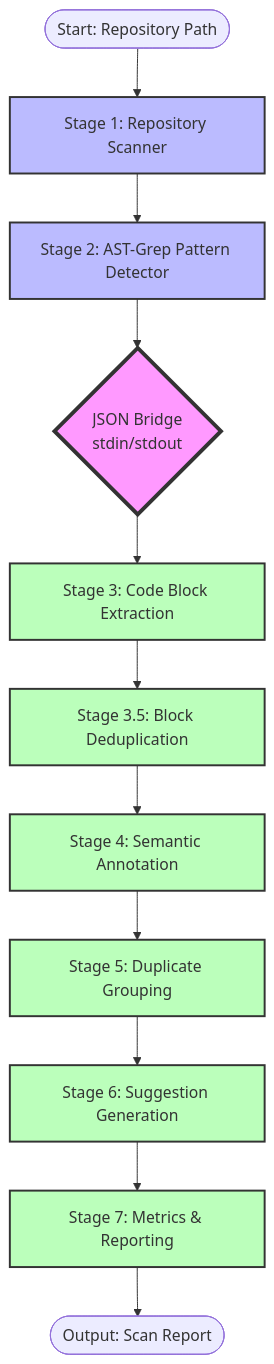
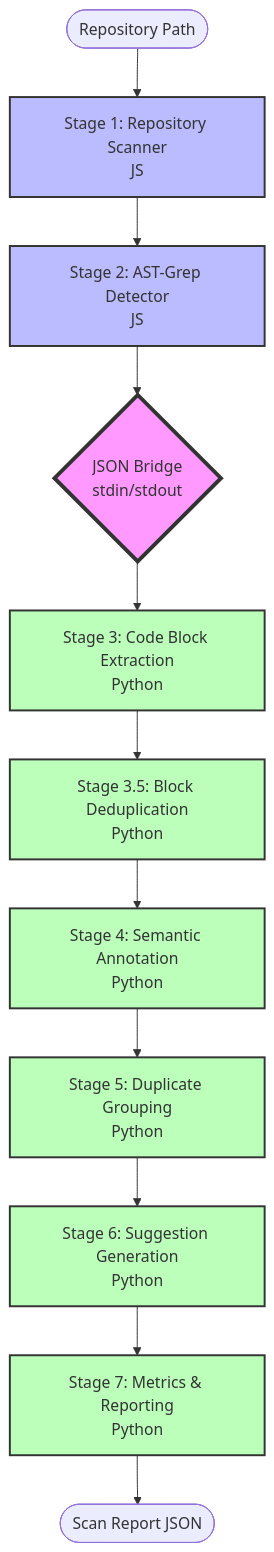
Before and after one commit to integritystudio/AlephAuto: the third of 12 diagrams in docs/architecture/pipeline-data-flow.md, drawn with Mermaid. The commit also changed other lines of this file, not shown here.

First line of the commit message:
docs: expand pipeline data flow to cover all 9 workflows

````diff
--- a/docs/architecture/pipeline-data-flow.md
+++ b/docs/architecture/pipeline-data-flow.md
@@ -49,23 +166,23 @@
 ```mermaid
 graph TB
-    Start([Start: Repository Path]) --> S1[Stage 1: Repository Scanner]
-    S1 --> S2[Stage 2: AST-Grep Pattern Detector]
+    Start([Repository Path]) --> S1[Stage 1: Repository Scanner<br/>JS]
+    S1 --> S2[Stage 2: AST-Grep Detector<br/>JS]
     S2 --> Bridge{JSON Bridge<br/>stdin/stdout}
-    Bridge --> S3[Stage 3: Code Block Extraction]
-    S3 --> S3_5[Stage 3.5: Block Deduplication]
-    S3_5 --> S4[Stage 4: Semantic Annotation]
-    S4 --> S5[Stage 5: Duplicate Grouping]
-    S5 --> S6[Stage 6: Suggestion Generation]
-    S6 --> S7[Stage 7: Metrics & Reporting]
-    S7 --> End([Output: Scan Report])
+    Bridge --> S3[Stage 3: Code Block Extraction<br/>Python]
+    S3 --> S3_5[Stage 3.5: Block Deduplication<br/>Python]
+    S3_5 --> S4[Stage 4: Semantic Annotation<br/>Python]
+    S4 --> S5[Stage 5: Duplicate Grouping<br/>Python]
+    S5 --> S6[Stage 6: Suggestion Generation<br/>Python]
+    S6 --> S7[Stage 7: Metrics & Reporting<br/>Python]
+    S7 --> End([Scan Report JSON])
 
     style Bridge fill:#f9f,stroke:#333,stroke-width:4px
     style S1 fill:#bbf,stroke:#333,stroke-width:2px
     style S2 fill:#bbf,stroke:#333,stroke-width:2px
     style S3 fill:#bfb,stroke:#333,stroke-width:2px
     style S3_5 fill:#bfb,stroke:#333,stroke-width:2px
     style S4 fill:#bfb,stroke:#333,stroke-width:2px
     style S5 fill:#bfb,stroke:#333,stroke-width:2px
     style S6 fill:#bfb,stroke:#333,stroke-width:2px
     style S7 fill:#bfb,stroke:#333,stroke-width:2px
 ```
````
